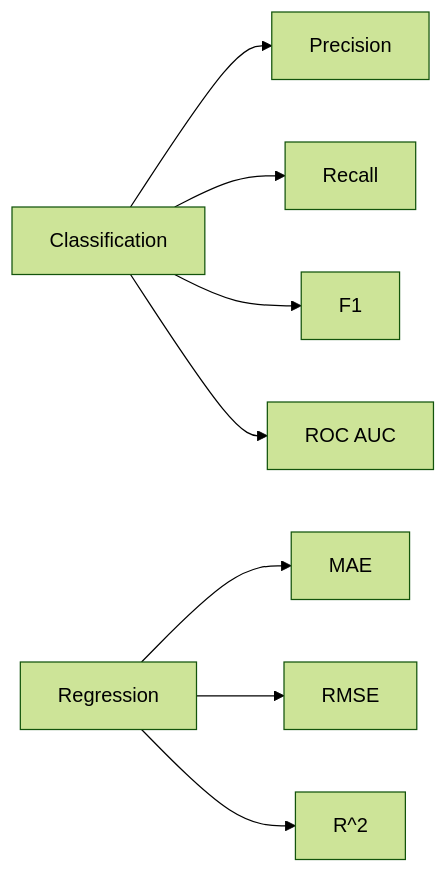
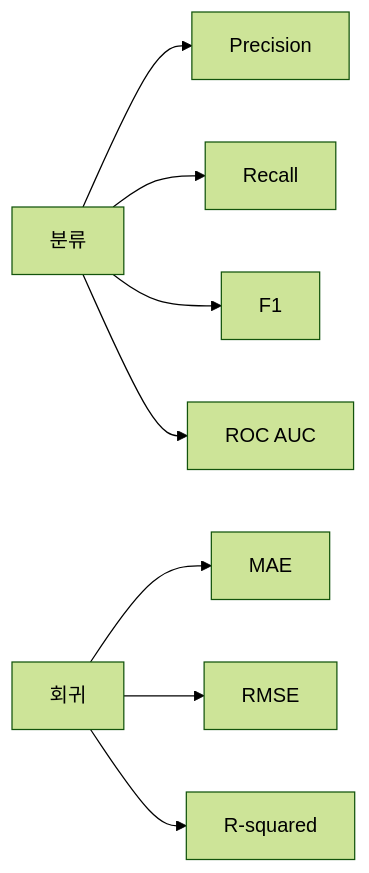
Before and after one commit to yeongseon-books/book-content: the diagram in content/data-science-101/ko/08-evaluation.md, drawn with Mermaid (forest theme). The commit also changed other lines of this file and 9 other files, not shown here.

````diff
--- a/content/data-science-101/ko/08-evaluation.md
+++ b/content/data-science-101/ko/08-evaluation.md
@@ -35,10 +47,10 @@
 ```mermaid
 flowchart LR
-    Cls["Classification"] --> P["Precision"]
+    Cls["분류"] --> P["Precision"]
     Cls --> R["Recall"]
     Cls --> F["F1"]
     Cls --> A["ROC AUC"]
-    Reg["Regression"] --> MAE["MAE"]
+    Reg["회귀"] --> MAE["MAE"]
     Reg --> RMSE["RMSE"]
-    Reg --> R2["R^2"]
+    Reg --> R2["R-squared"]
 ```
````
